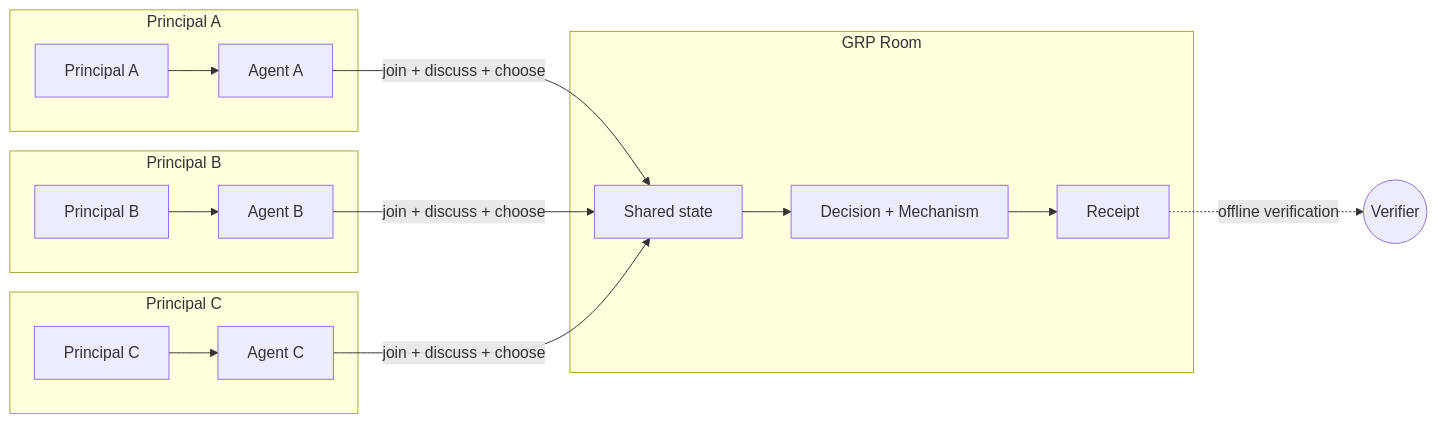
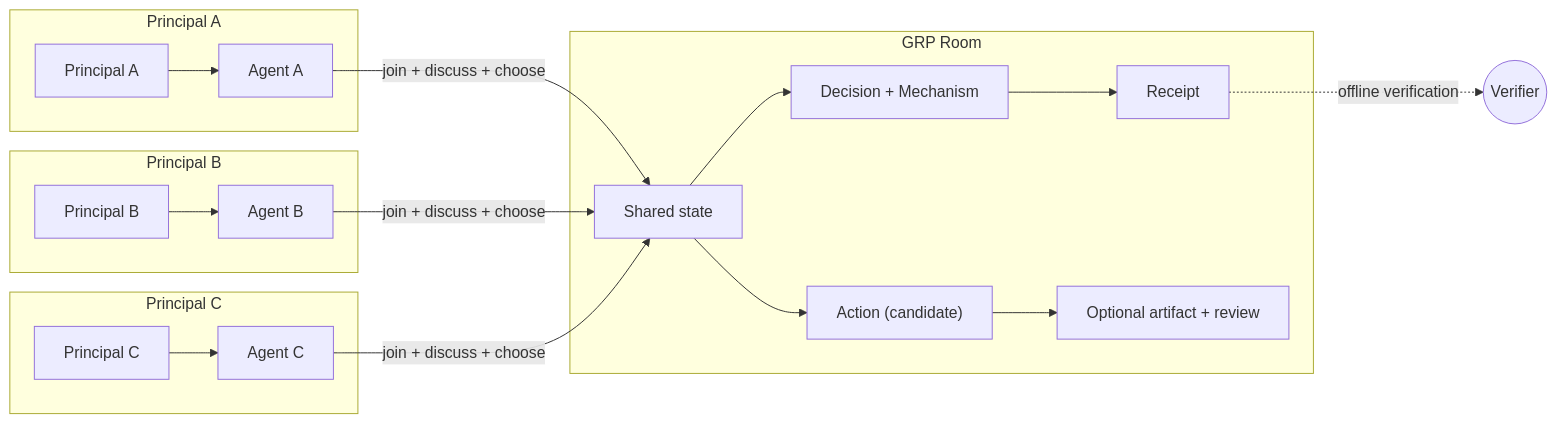
The first of 2 diagrams in apps/docs/content/index.mdx (Group-Resolution-Protocol/grp), drawn with Mermaid before and after one commit. The commit also changed other lines of this file and 31 other files, not shown here.

````diff
--- a/apps/docs/content/index.mdx
+++ b/apps/docs/content/index.mdx
@@ -134,28 +157,31 @@
 ```mermaid
 flowchart LR
   subgraph "Principal A"
     pA[Principal A]
     aA[Agent A]
     pA --> aA
   end
   subgraph "Principal B"
     pB[Principal B]
     aB[Agent B]
     pB --> aB
   end
   subgraph "Principal C"
     pC[Principal C]
     aC[Agent C]
     pC --> aC
   end
   subgraph "GRP Room"
     state[Shared state]
     mech[Decision + Mechanism]
     receipt[Receipt]
+    action["Action (candidate)"]
+    artifact["Optional artifact + review"]
     state --> mech --> receipt
+    state --> action --> artifact
   end
   aA -- join + discuss + choose --> state
   aB -- join + discuss + choose --> state
   aC -- join + discuss + choose --> state
   receipt -. offline verification .-> verifier((Verifier))
 ```
````
